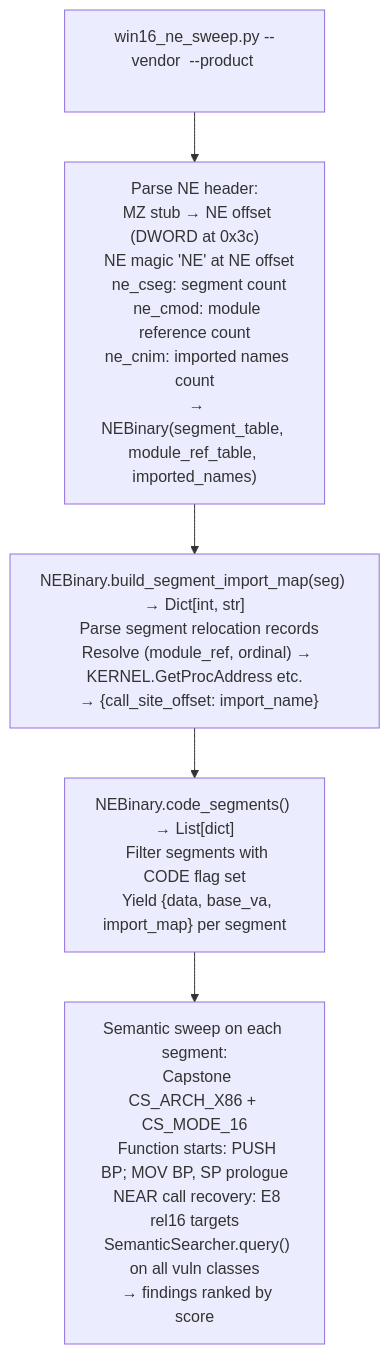
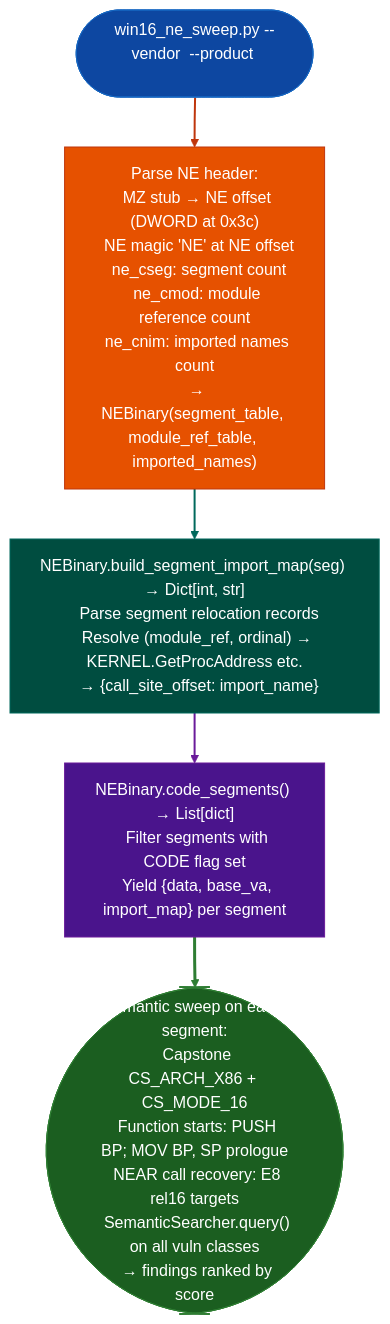
Before and after one commit to Ablation-Tool/ablation: the diagram in docs/reference-modules/windows-16-bit-ne.md, drawn with Mermaid. The commit also changed 320 other files, not shown here.

First line of the commit message:
docs: apply canonical Mermaid template to all 321 diagrams

````diff
--- a/docs/reference-modules/windows-16-bit-ne.md
+++ b/docs/reference-modules/windows-16-bit-ne.md
@@ -19,7 +19,17 @@
 ```mermaid
 flowchart TD
-    A["win16_ne_sweep.py --vendor <v> --product <p> <binary>"] --> B["Parse NE header:\n  MZ stub → NE offset (DWORD at 0x3c)\n  NE magic 'NE' at NE offset\n  ne_cseg: segment count\n  ne_cmod: module reference count\n  ne_cnim: imported names count\n  → NEBinary(segment_table, module_ref_table, imported_names)"]
-    B --> C["NEBinary.build_segment_import_map(seg) → Dict[int, str]\n  Parse segment relocation records\n  Resolve (module_ref, ordinal) → KERNEL.GetProcAddress etc.\n  → {call_site_offset: import_name}"]
-    C --> D["NEBinary.code_segments() → List[dict]\n  Filter segments with CODE flag set\n  Yield {data, base_va, import_map} per segment"]
-    D --> E["Semantic sweep on each segment:\n  Capstone CS_ARCH_X86 + CS_MODE_16\n  Function starts: PUSH BP; MOV BP, SP prologue\n  NEAR call recovery: E8 rel16 targets\n  SemanticSearcher.query() on all vuln classes\n  → findings ranked by score"]
+    A(["win16_ne_sweep.py --vendor <v> --product <p> <binary>"]):::input --> B["Parse NE header:\n  MZ stub → NE offset (DWORD at 0x3c)\n  NE magic 'NE' at NE offset\n  ne_cseg: segment count\n  ne_cmod: module reference count\n  ne_cnim: imported names count\n  → NEBinary(segment_table, module_ref_table, imported_names)"]:::primary
+    B:::primary --> C["NEBinary.build_segment_import_map(seg) → Dict[int, str]\n  Parse segment relocation records\n  Resolve (module_ref, ordinal) → KERNEL.GetProcAddress etc.\n  → {call_site_offset: import_name}"]:::secondary
+    C:::secondary --> D["NEBinary.code_segments() → List[dict]\n  Filter segments with CODE flag set\n  Yield {data, base_va, import_map} per segment"]:::tertiary
+    D:::tertiary --> E(["Semantic sweep on each segment:\n  Capstone CS_ARCH_X86 + CS_MODE_16\n  Function starts: PUSH BP; MOV BP, SP prologue\n  NEAR call recovery: E8 rel16 targets\n  SemanticSearcher.query() on all vuln classes\n  → findings ranked by score"]):::output
+    classDef input     fill:#0d47a1,stroke:#1565c0,color:#fff
+    classDef primary   fill:#e65100,stroke:#bf360c,color:#fff
+    classDef secondary fill:#004d40,stroke:#00695c,color:#fff
+    classDef tertiary  fill:#4a148c,stroke:#6a1b9a,color:#fff
+    classDef neutral   fill:#37474f,stroke:#546e7a,color:#fff
+    classDef output    fill:#1b5e20,stroke:#2e7d32,color:#fff
+    linkStyle 0 stroke:#bf360c,stroke-width:2px
+    linkStyle 1 stroke:#00695c,stroke-width:2px
+    linkStyle 2 stroke:#6a1b9a,stroke-width:2px
+    linkStyle 3 stroke:#2e7d32,stroke-width:3px
 ```
````
